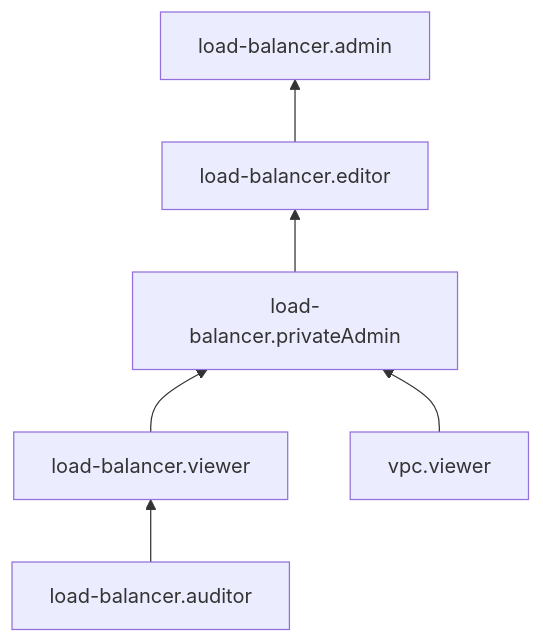
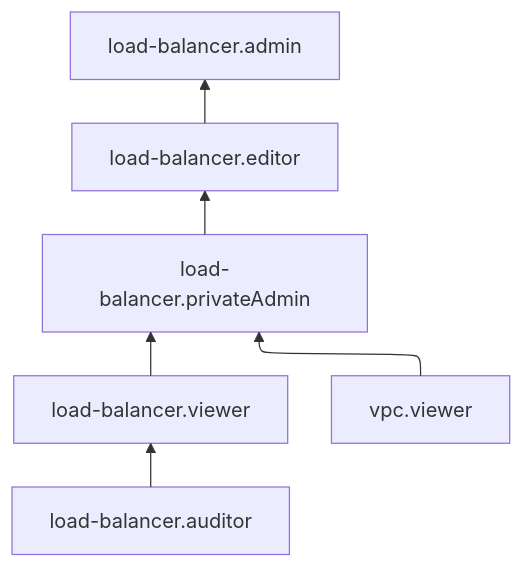
The diagram in en/_mermaid/roles/network-load-balancer.md (yandex-cloud/docs), drawn with Mermaid before and after one commit. The commit also changed 2668 other files, not shown here.

````diff
--- a/en/_mermaid/roles/network-load-balancer.md
+++ b/en/_mermaid/roles/network-load-balancer.md
@@ -1,9 +1,10 @@
 ```mermaid
+%%{init: {"flowchart": {'defaultRenderer': 'elk'}} }%%
 flowchart BT
     load-balancer.auditor --> load-balancer.viewer
     load-balancer.viewer --> load-balancer.privateAdmin
     load-balancer.privateAdmin --> load-balancer.editor
     load-balancer.editor --> load-balancer.admin
 
     vpc.viewer --> load-balancer.privateAdmin
 ```
````
